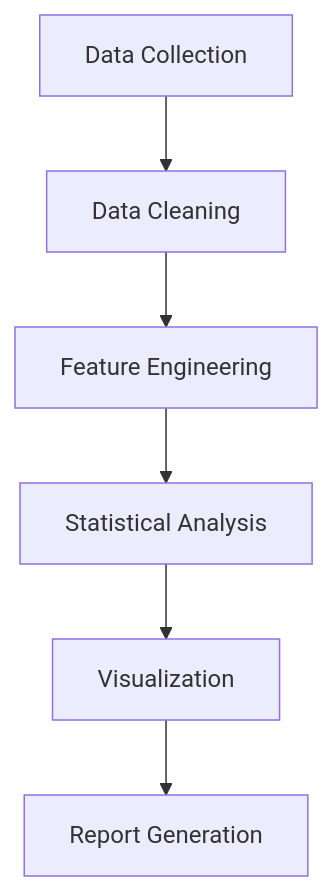
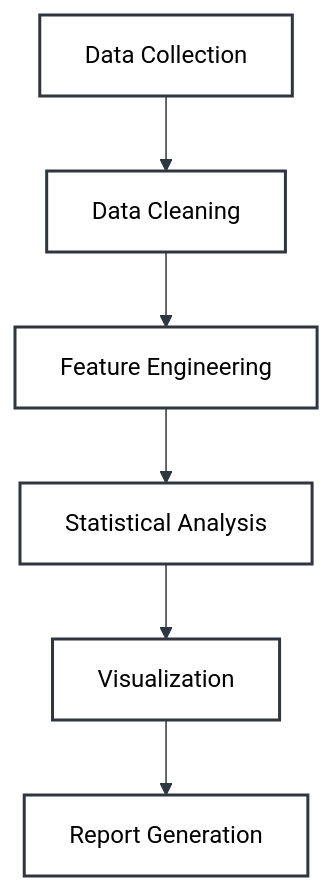
Before and after one commit to Izukushwaha/Movie-Scrapping-DA-Project: the fifth of 5 diagrams in README.md, drawn with Mermaid. The commit also changed other lines of this file, not shown here.

````diff
--- a/README.md
+++ b/README.md
@@ -168,8 +184,16 @@
 ```mermaid
+%%{init: {'theme': 'base', 'themeVariables': { 'primaryColor': '#ffffff', 'primaryTextColor': '#000000', 'primaryBorderColor': '#2f3640', 'lineColor': '#2f3640'}}}%%
 graph TD
     A[Data Collection] --> B[Data Cleaning]
     B --> C[Feature Engineering]
     C --> D[Statistical Analysis]
     D --> E[Visualization]
     E --> F[Report Generation]
+    
+    style A fill:#ffffff,stroke:#2f3640,stroke-width:2px
+    style B fill:#ffffff,stroke:#2f3640,stroke-width:2px
+    style C fill:#ffffff,stroke:#2f3640,stroke-width:2px
+    style D fill:#ffffff,stroke:#2f3640,stroke-width:2px
+    style E fill:#ffffff,stroke:#2f3640,stroke-width:2px
+    style F fill:#ffffff,stroke:#2f3640,stroke-width:2px
 ```
````
